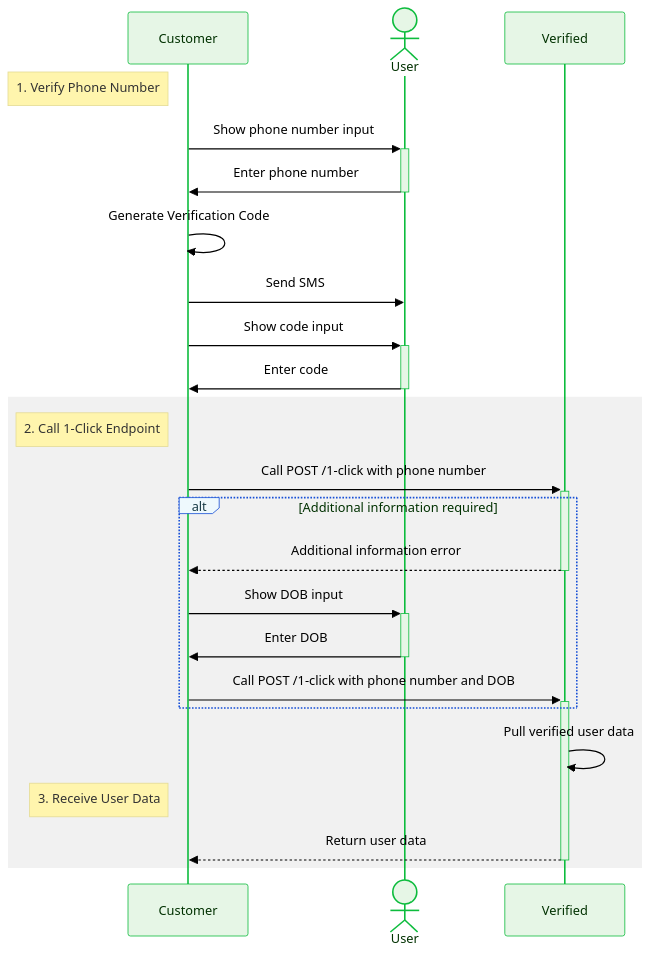
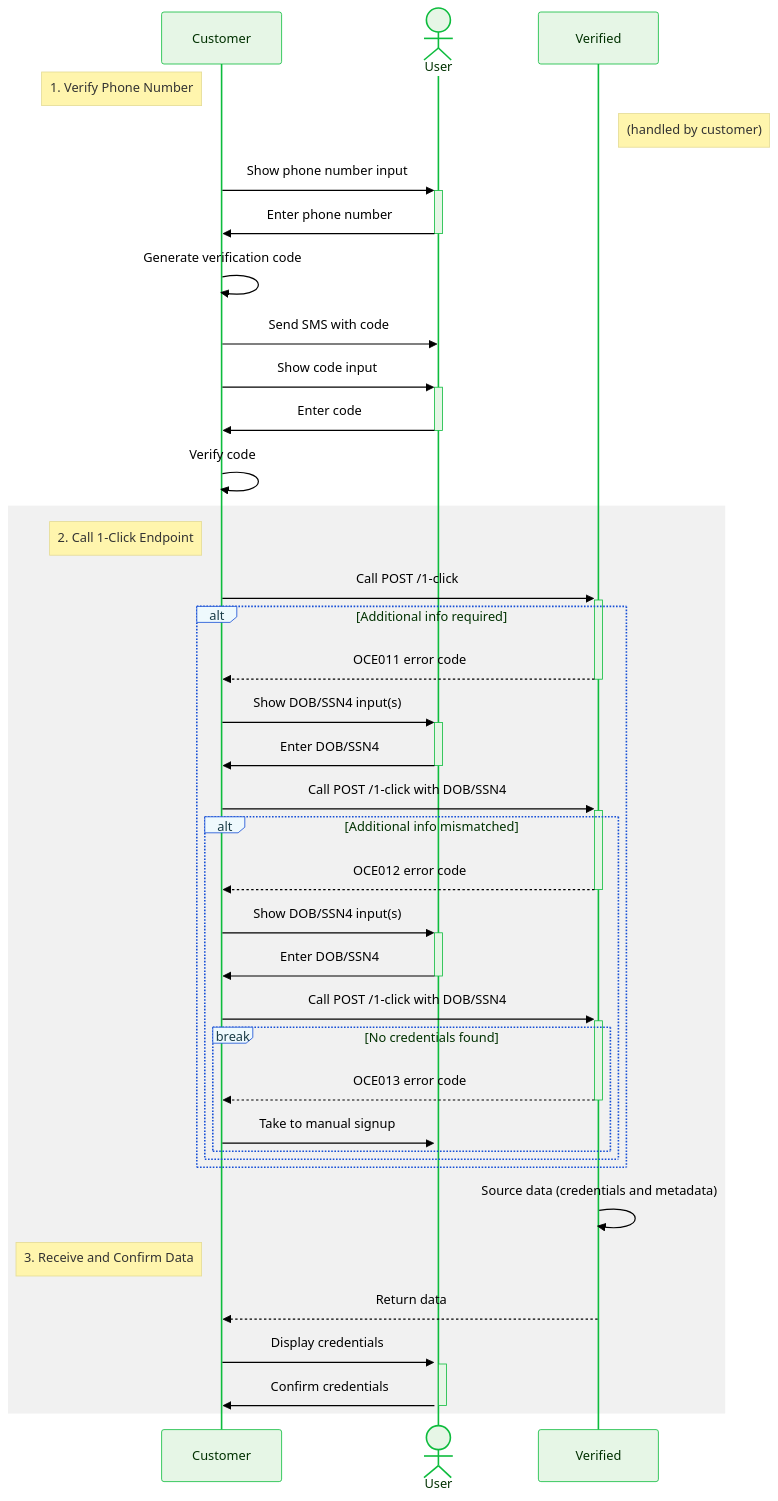
Before and after one commit to VerifiedInc/VerifiedInc.github.io: the diagram in versioned_docs/version-2/reusables/sequence-diagram-non-hosted.mdx, drawn with Mermaid. The commit also changed 31 other files, not shown here.

Commit message:
Updates across many files to add support for SSN4 input

````diff
--- a/versioned_docs/version-2/reusables/sequence-diagram-non-hosted.mdx
+++ b/versioned_docs/version-2/reusables/sequence-diagram-non-hosted.mdx
@@ -3,48 +3,62 @@
 ```mermaid
 %%{
     init: {
     'theme': 'base',
     'themeVariables': {
         'primaryColor': '#e6f6e6',
         'primaryTextColor': '#003100',
         'primaryBorderColor': '#0dbc3d',
         'secondaryColor': '#eef9fd',
         'secondaryTextColor': '#193c47',
         'secondaryBorderColor': '#164fd6',
         'activationBkgColor': '#e6f6e6',
         'activationBorderColor': '#0dbc3d',
         'labelBoxBkgColor': '#eef9fd',
         'labelBoxBorderColor': '#164fd6',
         'labelTextColor': '#193c47',
         'edgeLabelBackground': '#ffffff',
         'textColor': '#000000',
         'fontFamily': 'Lato'
     }
 }
 }%%
 sequenceDiagram
     participant C as Customer
     actor U as User
     participant V as Verified
 
     Note left of C: 1. Verify Phone Number
+    note right of V: (handled by customer)
     C ->>+ U: Show phone number input
     U ->>- C: Enter phone number
-    C ->> C: Generate Verification Code
-    C ->> U: Send SMS
+    C ->> C: Generate verification code
+    C ->> U: Send SMS with code
     C ->>+ U: Show code input
     U ->>- C: Enter code
+    C ->> C: Verify code
     rect rgb(200,200,200,0.25)
         Note left of C: 2. Call 1-Click Endpoint
-        C ->>+ V: Call POST /1-click with phone number
-        alt Additional information required
-            V -->>- C: Additional information error
-            C ->>+ U: Show DOB input
-            U ->>- C: Enter DOB
-            C ->>+ V: Call POST /1-click with phone number and DOB
+        C ->>+ V: Call POST /1-click
+        alt Additional info required
+            V -->>- C: OCE011 error code
+            C ->>+ U: Show DOB/SSN4 input(s)
+            U ->>- C: Enter DOB/SSN4
+            C ->>+ V: Call POST /1-click with DOB/SSN4
+            alt Additional info mismatched
+                V -->>- C: OCE012 error code
+                C ->>+ U: Show DOB/SSN4 input(s)
+                U ->>- C: Enter DOB/SSN4
+                C ->>+ V: Call POST /1-click with DOB/SSN4
+                break No credentials found
+                    V -->>- C: OCE013 error code
+                    C ->>+ U: Take to manual signup
+                end
+            end
         end
-        V ->> V: Pull verified user data
-        Note left of C: 3. Receive User Data
-        V -->>- C: Return user data 
+        V ->> V: Source data (credentials and metadata)
+        Note left of C: 3. Receive and Confirm Data
+        V -->> C: Return data
+        C ->>+ U: Display credentials
+        U ->>- C: Confirm credentials
     end
 ```
````
